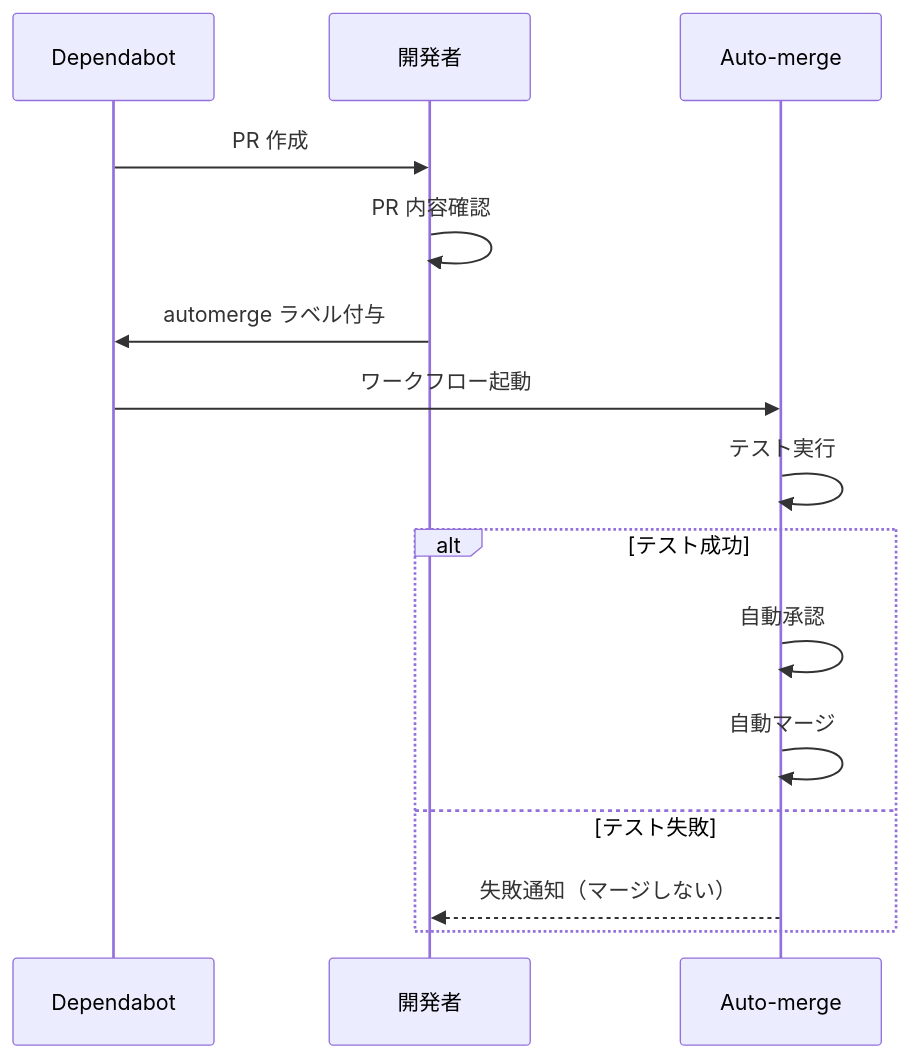
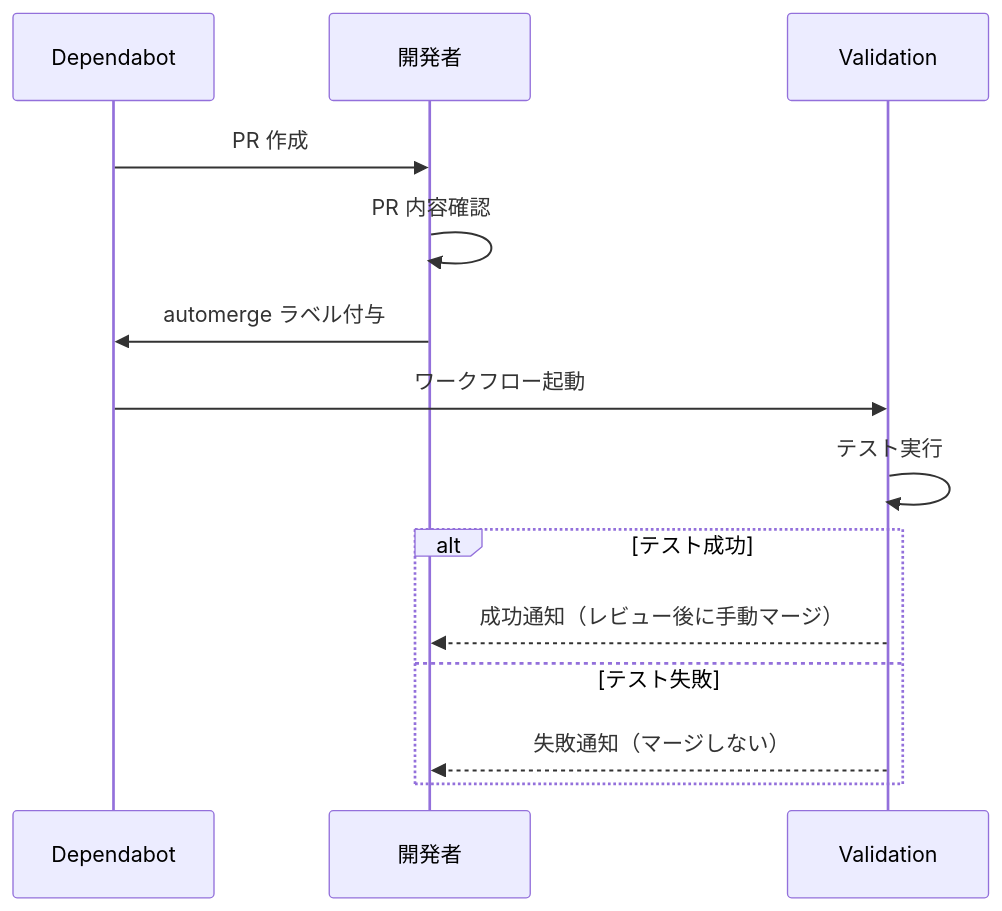
One commit to cocomomojo/test_app changed the eighth of 10 diagrams in README.md. Above: the diagram before and after it, drawn with Mermaid. The commit also changed other lines of this file and 2 other files, not shown here.

Commit message:
Update Dependabot policy to manual merge and document cause of missing issue automation

````diff
--- a/README.md
+++ b/README.md
@@ -634,18 +634,17 @@
 ```mermaid
 sequenceDiagram
     participant 🤖D as Dependabot
     participant 👤 as 開発者
-    participant 🤖M as Auto-merge
+    participant 🤖M as Validation
 
     🤖D->>👤: PR 作成
     👤->>👤: PR 内容確認
     👤->>🤖D: automerge ラベル付与
     🤖D->>🤖M: ワークフロー起動
     🤖M->>🤖M: テスト実行
     alt テスト成功
-        🤖M->>🤖M: 自動承認
-        🤖M->>🤖M: 自動マージ
+        🤖M-->>👤: 成功通知（レビュー後に手動マージ）
     else テスト失敗
         🤖M-->>👤: 失敗通知（マージしない）
     end
 ```
````
